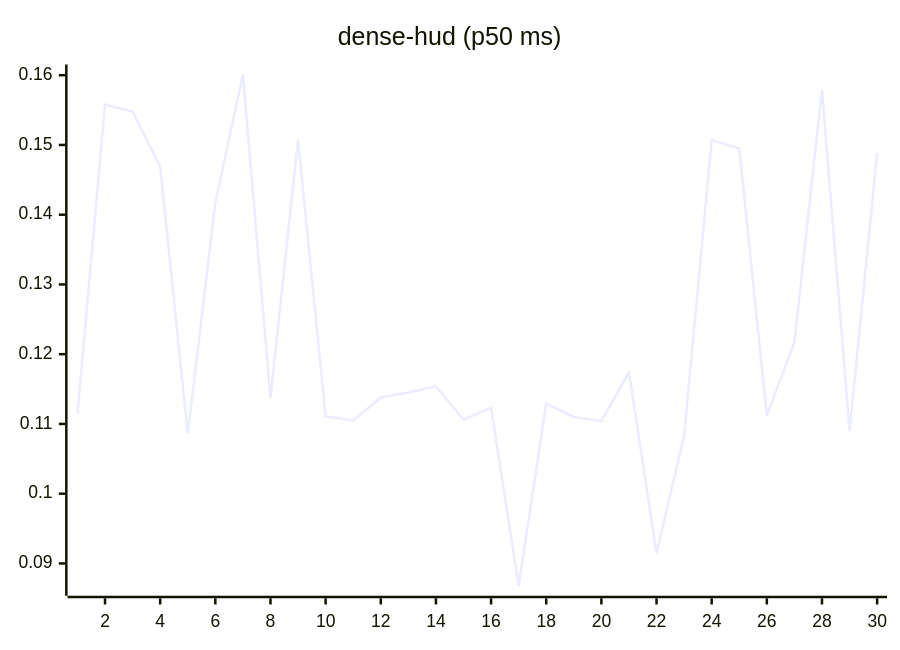
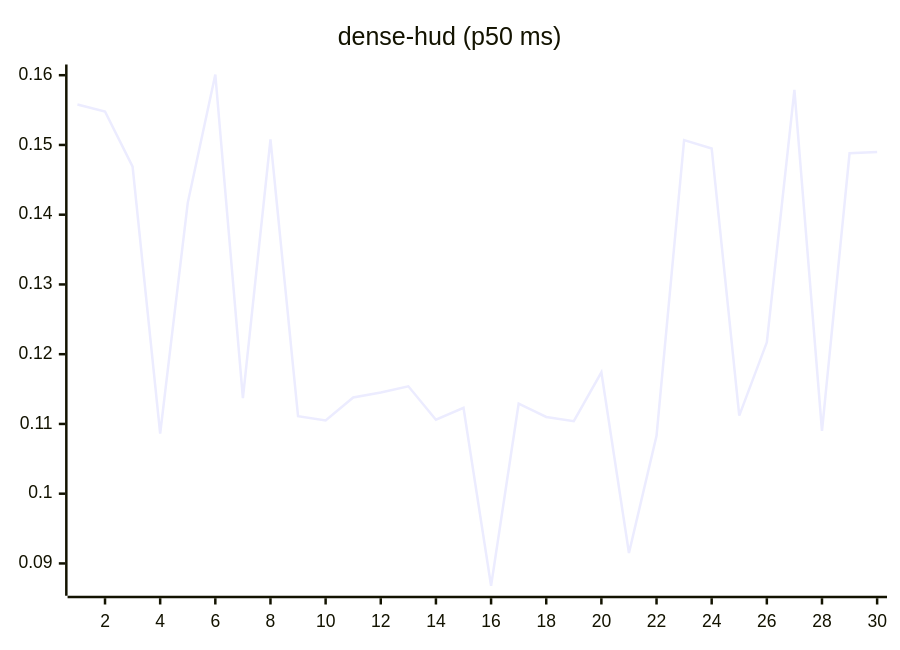
Before and after one commit to josha/Facet: the eighth of 27 diagrams in README.md, drawn with Mermaid. The commit also changed other lines of this file and 2 other files, not shown here.

````diff
--- a/README.md
+++ b/README.md
@@ -112,6 +112,6 @@
 ```mermaid
 xychart-beta
     title "dense-hud (p50 ms)"
     x-axis 1 --> 30
-    line [0.1114, 0.1558, 0.1548, 0.1469, 0.1086, 0.1417, 0.1601, 0.1137, 0.1508, 0.1111, 0.1105, 0.1138, 0.1145, 0.1154, 0.1106, 0.1123, 0.0868, 0.1129, 0.1110, 0.1104, 0.1174, 0.0915, 0.1083, 0.1507, 0.1495, 0.1112, 0.1217, 0.1579, 0.1090, 0.1488]
+    line [0.1558, 0.1548, 0.1469, 0.1086, 0.1417, 0.1601, 0.1137, 0.1508, 0.1111, 0.1105, 0.1138, 0.1145, 0.1154, 0.1106, 0.1123, 0.0868, 0.1129, 0.1110, 0.1104, 0.1174, 0.0915, 0.1083, 0.1507, 0.1495, 0.1112, 0.1217, 0.1579, 0.1090, 0.1488, 0.1490]
 ```
````
